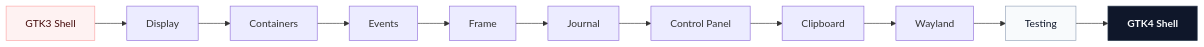
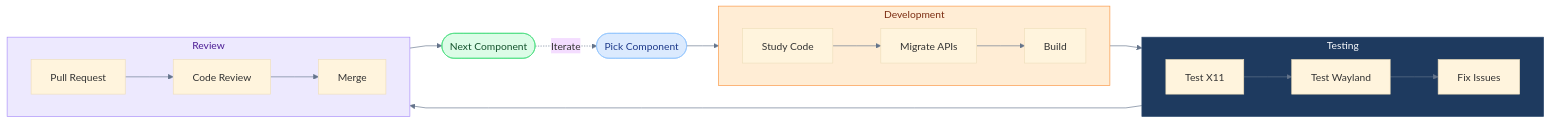
Diagram 12 of 13 in proposal.md (Dev10-sys/sugar-proposal-gtk), drawn with Mermaid before and after one commit. The commit also changed other lines of this file, not shown here.

Commit message:
docs: Upgrade all GSoC proposal diagrams to professional engineering standards with GTK4/Wayland focused architecture

````diff
--- a/proposal.md
+++ b/proposal.md
@@ -755,17 +949,40 @@
 ```mermaid
-graph LR
-    A["GTK3 Shell"] --> B["Display"]
-    B --> C["Containers"]
-    C --> D["Events"]
-    D --> E["Frame"]
-    E --> F["Journal"]
-    F --> G["Control Panel"]
-    G --> H["Clipboard"]
-    H --> I["Wayland"]
-    I --> J["Testing"]
-    J --> K["GTK4 Shell"]
+%%{init: {'theme': 'base', 'themeVariables': {'lineColor': '#64748b'}, 'flowchart': {'curve': 'linear'}}}%%
+flowchart LR
+    Start(["Pick Component"])
 
-    style A fill:#fef2f2,stroke:#fca5a5,color:#450a0a
-    style K fill:#0f172a,stroke:#334155,color:#f8fafc,font-weight:bold
-    style J fill:#f8fafc,stroke:#94a3b8,color:#0f172a
+    subgraph Dev ["Development"]
+        direction LR
+        B["Study Code"]
+        C["Migrate APIs"]
+        D["Build"]
+        B --> C --> D
+    end
+
+    subgraph Test ["Testing"]
+        direction LR
+        E["Test X11"]
+        F["Test Wayland"]
+        G["Fix Issues"]
+        E --> F --> G
+    end
+
+    subgraph Review ["Review"]
+        direction LR
+        H["Pull Request"]
+        I["Code Review"]
+        J["Merge"]
+        H --> I --> J
+    end
+
+    Next(["Next Component"])
+
+    Start --> Dev --> Test --> Review --> Next
+    Next -.->|"Iterate"| Start
+
+    style Start fill:#dbeafe,stroke:#93c5fd,color:#1e3a8a
+    style Next fill:#dcfce7,stroke:#4ade80,color:#14532d
+    style Dev fill:#ffedd5,stroke:#fb923c,color:#7c2d12
+    style Test fill:#1e3a5f,stroke:#2d4a6f,color:#f8fafc
+    style Review fill:#ede9fe,stroke:#a78bfa,color:#4c1d95
 ```
````
